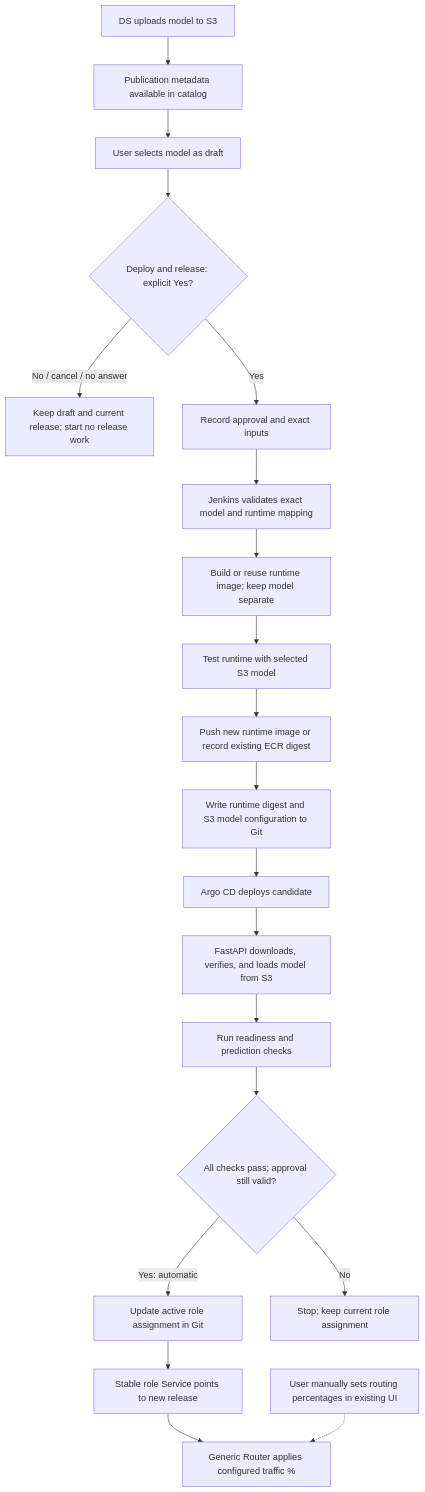
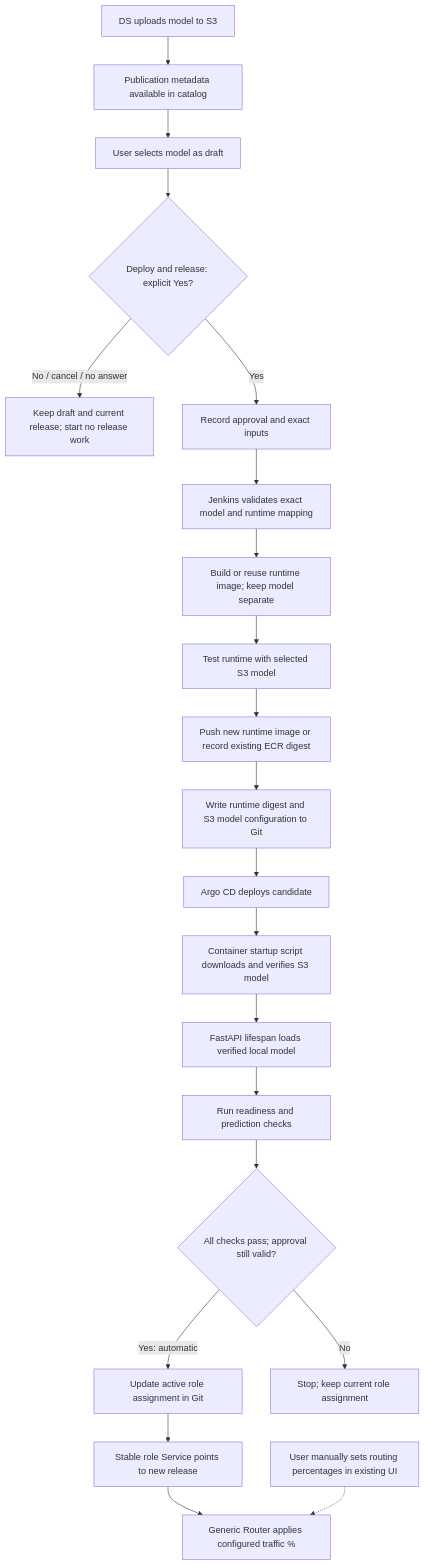
Before and after one commit to mdragomir-taurus/ops-diagrams: the second of 2 diagrams in ncm-implementation-plan-medium.md, drawn with Mermaid. The commit also changed other lines of this file and 4 other files, not shown here.

````diff
--- a/ncm-implementation-plan-medium.md
+++ b/ncm-implementation-plan-medium.md
@@ -279,22 +290,23 @@
 ```mermaid
 flowchart TD
     S3["DS uploads model to S3"] --> Catalog["Publication metadata available in catalog"]
     Catalog --> Draft["User selects model as draft"]
     Draft --> Approve{"Deploy and release: explicit Yes?"}
     Approve -->|"No / cancel / no answer"| Hold["Keep draft and current release; start no release work"]
     Approve -->|"Yes"| Snapshot["Record approval and exact inputs"]
     Snapshot --> Jenkins["Jenkins validates exact model and runtime mapping"]
     Jenkins --> Image["Build or reuse runtime image; keep model separate"]
     Image --> Test["Test runtime with selected S3 model"]
     Test --> ECR["Push new runtime image or record existing ECR digest"]
     ECR --> Git["Write runtime digest and S3 model configuration to Git"]
     Git --> Deploy["Argo CD deploys candidate"]
-    Deploy --> Load["FastAPI downloads, verifies, and loads model from S3"]
+    Deploy --> Prepare["Container startup script downloads and verifies S3 model"]
+    Prepare --> Load["FastAPI lifespan loads verified local model"]
     Load --> Validate["Run readiness and prediction checks"]
     Validate --> Checks{"All checks pass; approval still valid?"}
     Checks -->|"Yes: automatic"| Assign["Update active role assignment in Git"]
     Checks -->|"No"| Stop["Stop; keep current role assignment"]
     Assign --> Live["Stable role Service points to new release"]
     Live --> Router["Generic Router applies configured traffic %"]
     Traffic["User manually sets routing percentages in existing UI"] -.-> Router
 ```
````
